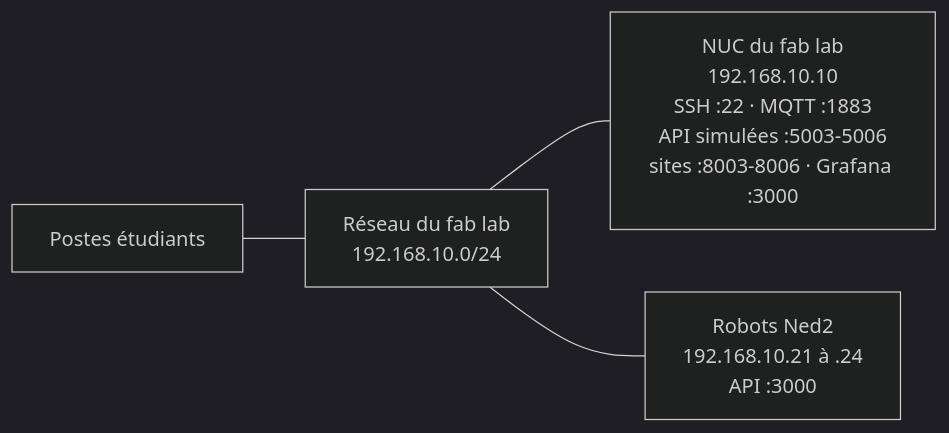
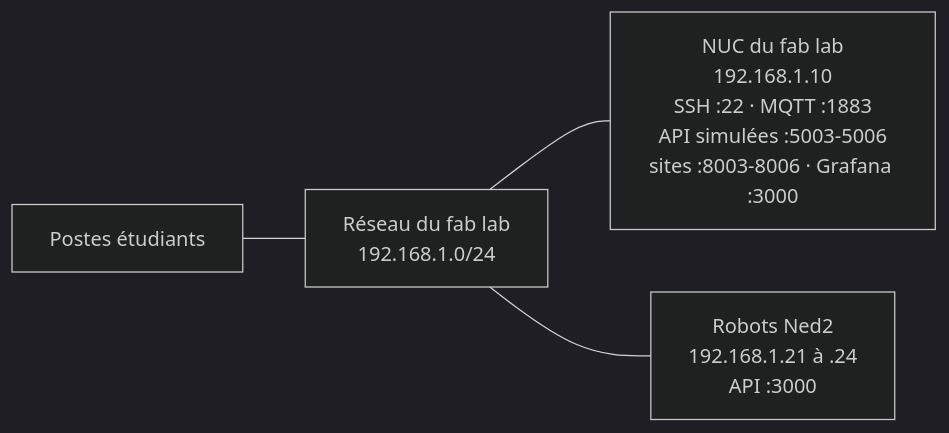
The diagram in progression_pedagogique/img/src/reseau_IRUP.mmd (fabrice1618/niryo2), drawn with Mermaid (dark theme) before and after one commit. The commit also changed 45 other files, not shown here.

First line of the commit message:
Plan d'adressage du fab lab 192.168.1.0/24, routeurs Wi-Fi fournis, fiche ISTP

```diff
--- a/progression_pedagogique/img/src/reseau_IRUP.mmd
+++ b/progression_pedagogique/img/src/reseau_IRUP.mmd
@@ -1,4 +1,4 @@
 flowchart LR
-    PE["Postes étudiants"] --- SW["Réseau du fab lab<br/>192.168.10.0/24"]
-    SW --- SV["NUC du fab lab<br/>192.168.10.10<br/>SSH :22 · MQTT :1883<br/>API simulées :5003-5006<br/>sites :8003-8006 · Grafana :3000"]
-    SW --- ROB["Robots Ned2<br/>192.168.10.21 à .24<br/>API :3000"]
+    PE["Postes étudiants"] --- SW["Réseau du fab lab<br/>192.168.1.0/24"]
+    SW --- SV["NUC du fab lab<br/>192.168.1.10<br/>SSH :22 · MQTT :1883<br/>API simulées :5003-5006<br/>sites :8003-8006 · Grafana :3000"]
+    SW --- ROB["Robots Ned2<br/>192.168.1.21 à .24<br/>API :3000"]
```
